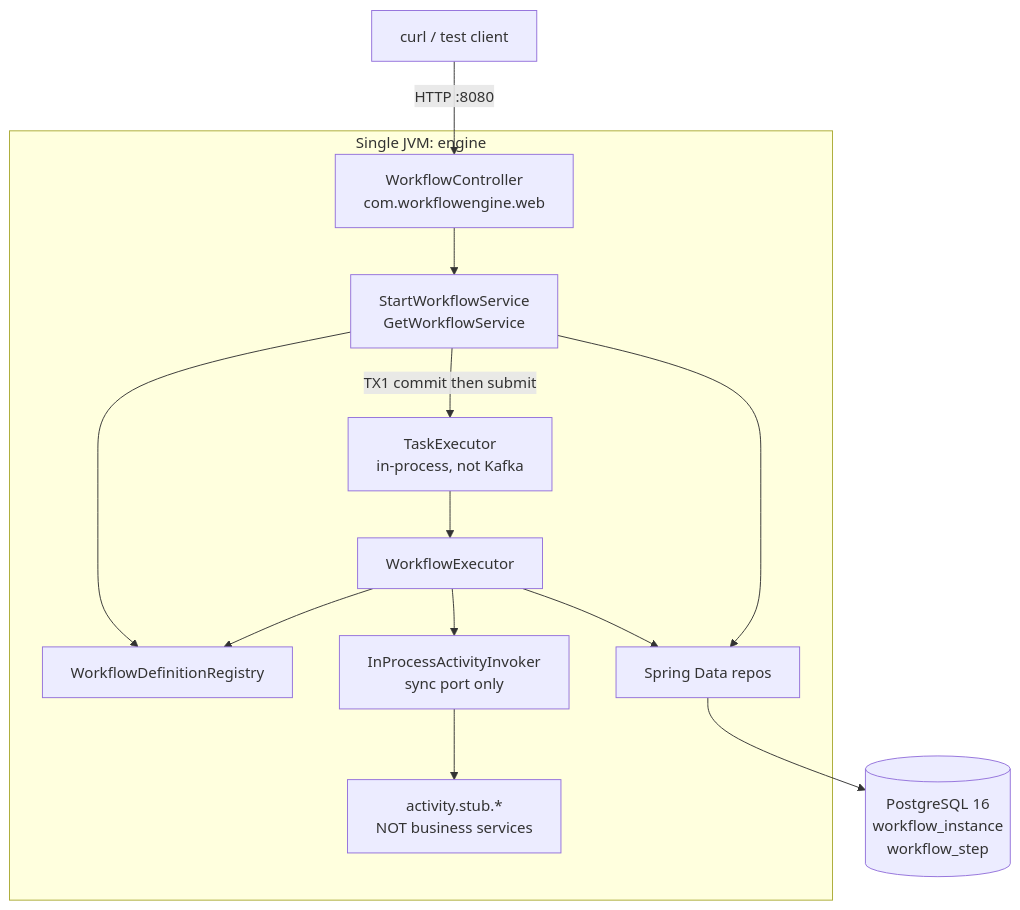
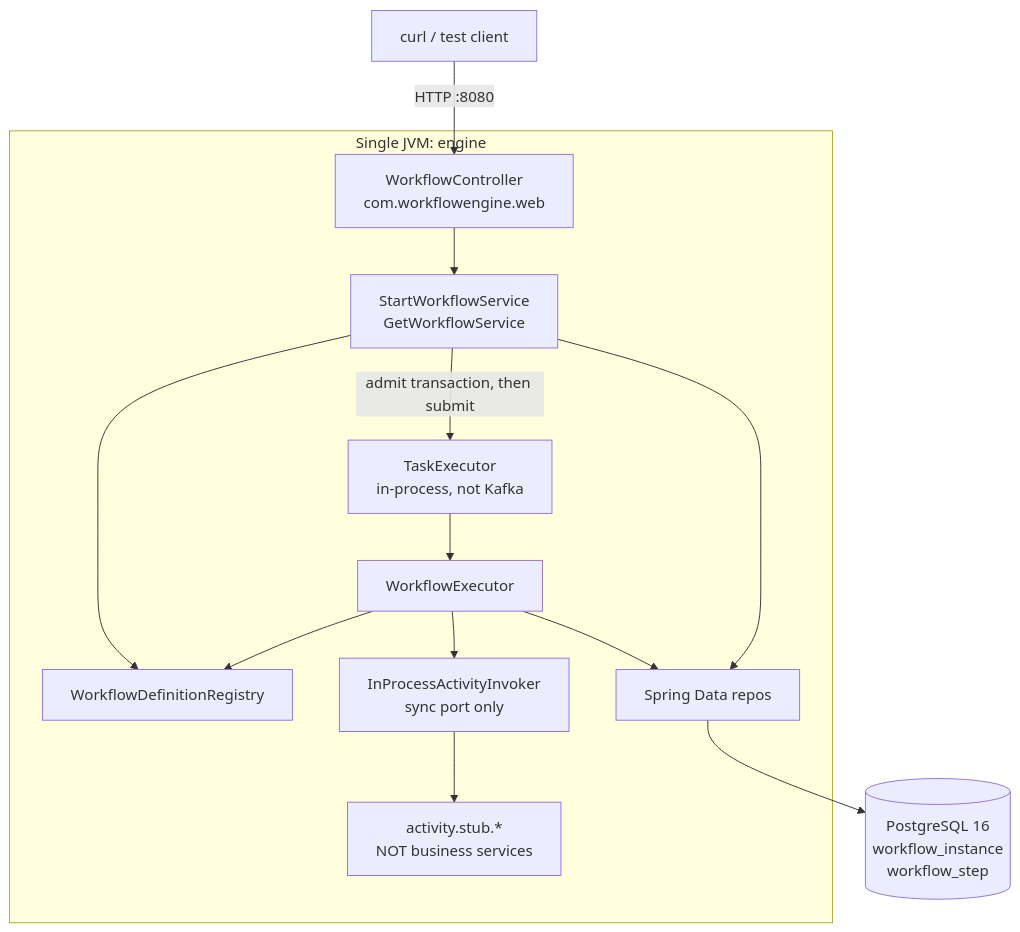
One commit to ganeshpc/distributed-workflow-engine changed the second of 9 diagrams in docs/architecture.md. Above: the diagram before and after it, drawn with Mermaid. The commit also changed other lines of this file and 21 other files, not shown here.

````diff
--- a/docs/architecture.md
+++ b/docs/architecture.md
@@ -252,26 +252,26 @@
 ```mermaid
 flowchart TB
   Client[curl / test client]
   subgraph jvm [Single JVM: engine]
     Ctrl[WorkflowController\ncom.workflowengine.web]
     App[StartWorkflowService\nGetWorkflowService]
     Pool[TaskExecutor\nin-process, not Kafka]
     DefReg[WorkflowDefinitionRegistry]
     Exec[WorkflowExecutor]
     Inv[InProcessActivityInvoker\nsync port only]
     Stubs[activity.stub.*\nNOT business services]
     Repos[Spring Data repos]
     Ctrl --> App
-    App -->|TX1 commit then submit| Pool
+    App -->|admit transaction, then submit| Pool
     Pool --> Exec
     App --> DefReg
     Exec --> DefReg
     Exec --> Inv
     Inv --> Stubs
     Exec --> Repos
     App --> Repos
   end
   PG[(PostgreSQL 16\nworkflow_instance\nworkflow_step)]
   Client -->|HTTP :8080| Ctrl
   Repos --> PG
 ```
````
